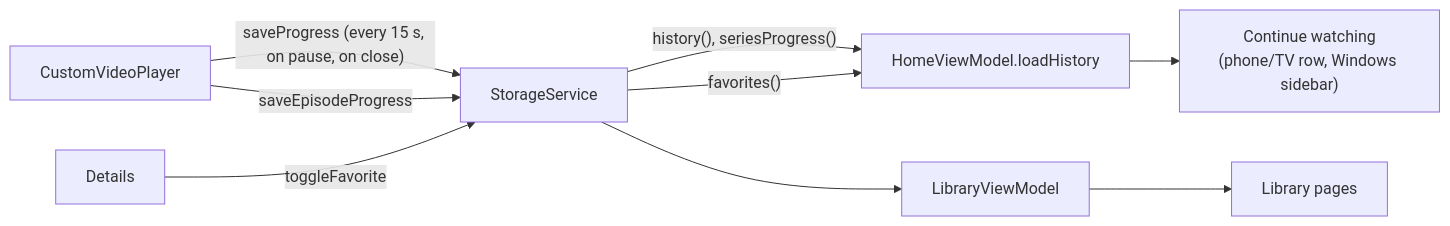
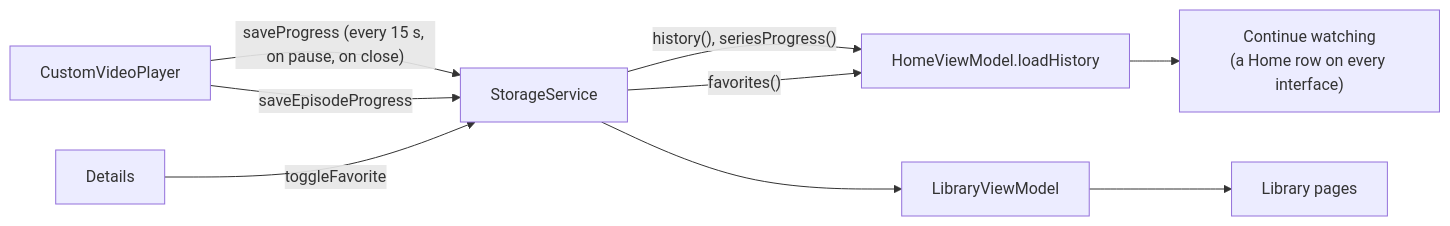
The second of 2 diagrams in docs/architecture/data-flow.md (frnzeeey/reelish), drawn with Mermaid before and after one commit. The commit also changed other lines of this file and 19 other files, not shown here.

First line of the commit message:
Windows: floating navigation rail, Continue watching on Home

````diff
--- a/docs/architecture/data-flow.md
+++ b/docs/architecture/data-flow.md
@@ -66,11 +66,11 @@
 ```mermaid
 graph LR
   Player[CustomVideoPlayer] -- "saveProgress (every 15 s, on pause, on close)" --> SS[StorageService]
   Player -- saveEpisodeProgress --> SS
   Details -- toggleFavorite --> SS
   SS -- "history(), seriesProgress()" --> HVM[HomeViewModel.loadHistory]
   SS -- "favorites()" --> HVM
   SS --> LVM[LibraryViewModel]
-  HVM --> CW["Continue watching<br/>(phone/TV row, Windows sidebar)"]
+  HVM --> CW["Continue watching<br/>(a Home row on every interface)"]
   LVM --> Lib["Library pages"]
 ```
````
